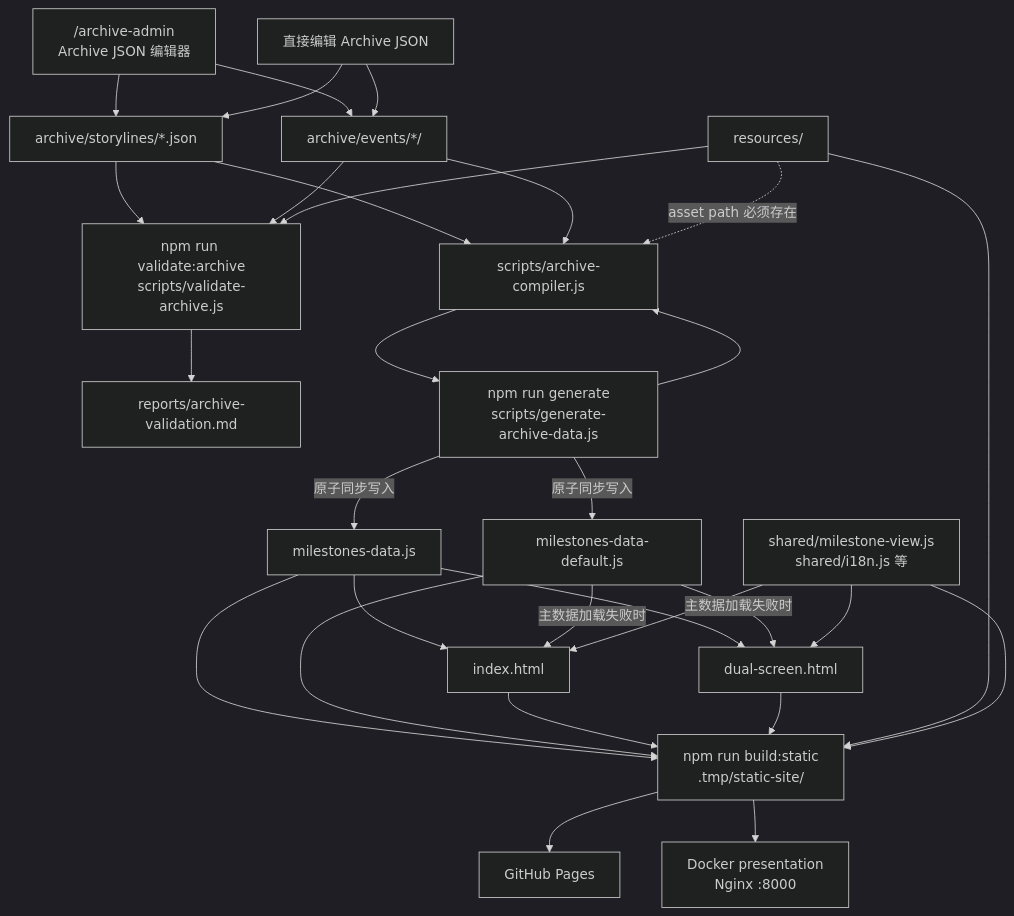
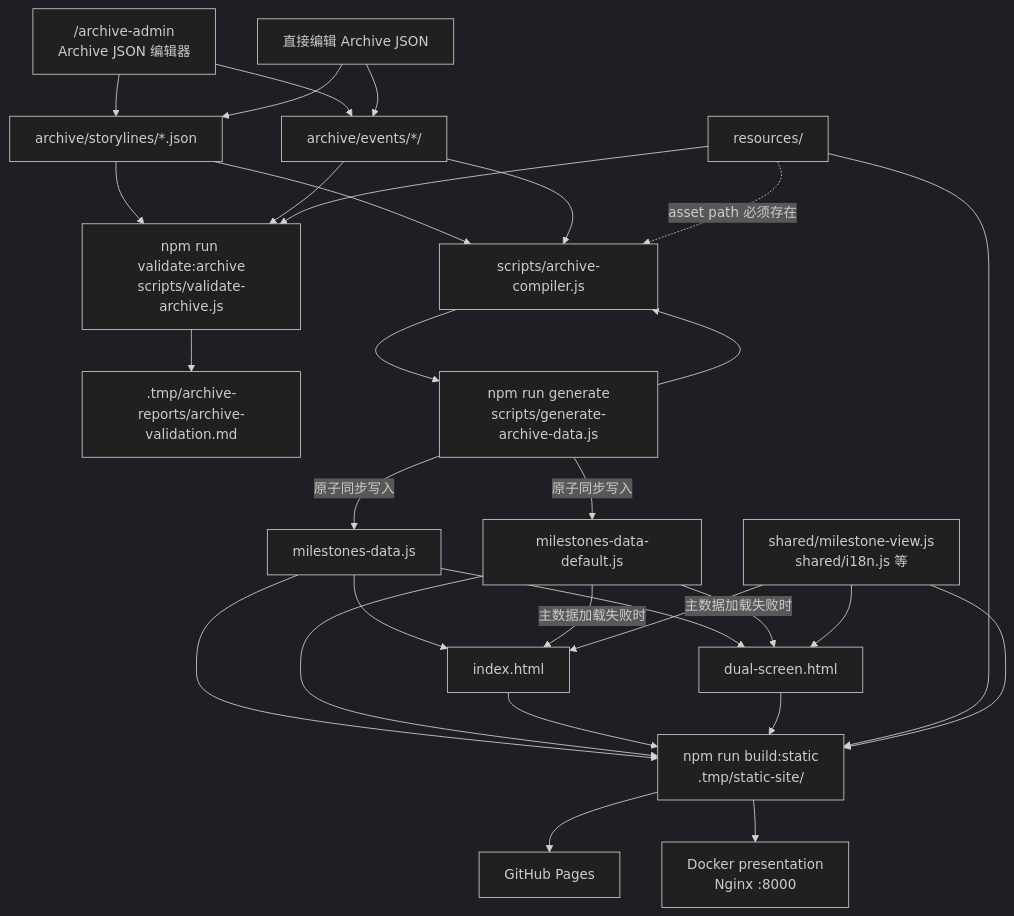
Before and after one commit to bjzgcai/AI-History-Show: the second of 5 diagrams in docs/archive-data-flow.md, drawn with Mermaid (dark theme). The commit also changed other lines of this file and 116 other files, not shown here.

````diff
--- a/docs/archive-data-flow.md
+++ b/docs/archive-data-flow.md
@@ -48,50 +48,50 @@
 ```mermaid
 flowchart TD
     EDITOR["/archive-admin<br/>Archive JSON 编辑器"]
     DIRECT["直接编辑 Archive JSON"]
     STORYLINES["archive/storylines/*.json"]
     EVENTS["archive/events/*/"]
     RESOURCES["resources/"]
     VALIDATE["npm run validate:archive<br/>scripts/validate-archive.js"]
-    VALIDATION_REPORT["reports/archive-validation.md"]
+    VALIDATION_REPORT[".tmp/archive-reports/archive-validation.md"]
     GENERATE["npm run generate<br/>scripts/generate-archive-data.js"]
     COMPILER["scripts/archive-compiler.js"]
     PRIMARY["milestones-data.js"]
     FALLBACK["milestones-data-default.js"]
     SINGLE["index.html"]
     DUAL["dual-screen.html"]
     SHARED["shared/milestone-view.js<br/>shared/i18n.js 等"]
     STATIC["npm run build:static<br/>.tmp/static-site/"]
     PAGES["GitHub Pages"]
     DOCKER["Docker presentation<br/>Nginx :8000"]
 
     EDITOR --> STORYLINES
     EDITOR --> EVENTS
     DIRECT --> STORYLINES
     DIRECT --> EVENTS
     STORYLINES --> VALIDATE
     EVENTS --> VALIDATE
     RESOURCES --> VALIDATE
     VALIDATE --> VALIDATION_REPORT
     STORYLINES --> COMPILER
     EVENTS --> COMPILER
     RESOURCES -.->|asset path 必须存在| COMPILER
     GENERATE --> COMPILER
     COMPILER --> GENERATE
     GENERATE -->|原子同步写入| PRIMARY
     GENERATE -->|原子同步写入| FALLBACK
     PRIMARY --> SINGLE
     PRIMARY --> DUAL
     FALLBACK -->|主数据加载失败时| SINGLE
     FALLBACK -->|主数据加载失败时| DUAL
     SHARED --> SINGLE
     SHARED --> DUAL
     PRIMARY --> STATIC
     FALLBACK --> STATIC
     SINGLE --> STATIC
     DUAL --> STATIC
     RESOURCES --> STATIC
     SHARED --> STATIC
     STATIC --> PAGES
     STATIC --> DOCKER
 ```
````
